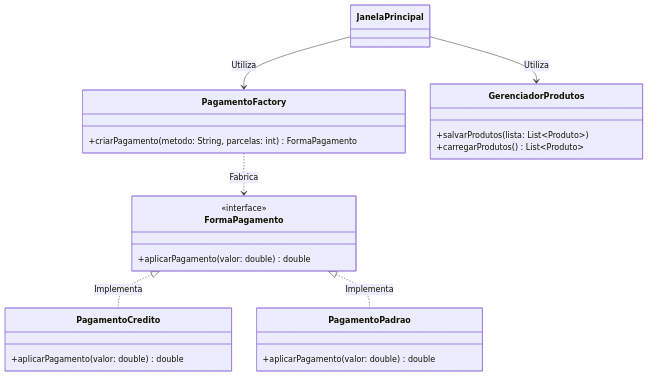
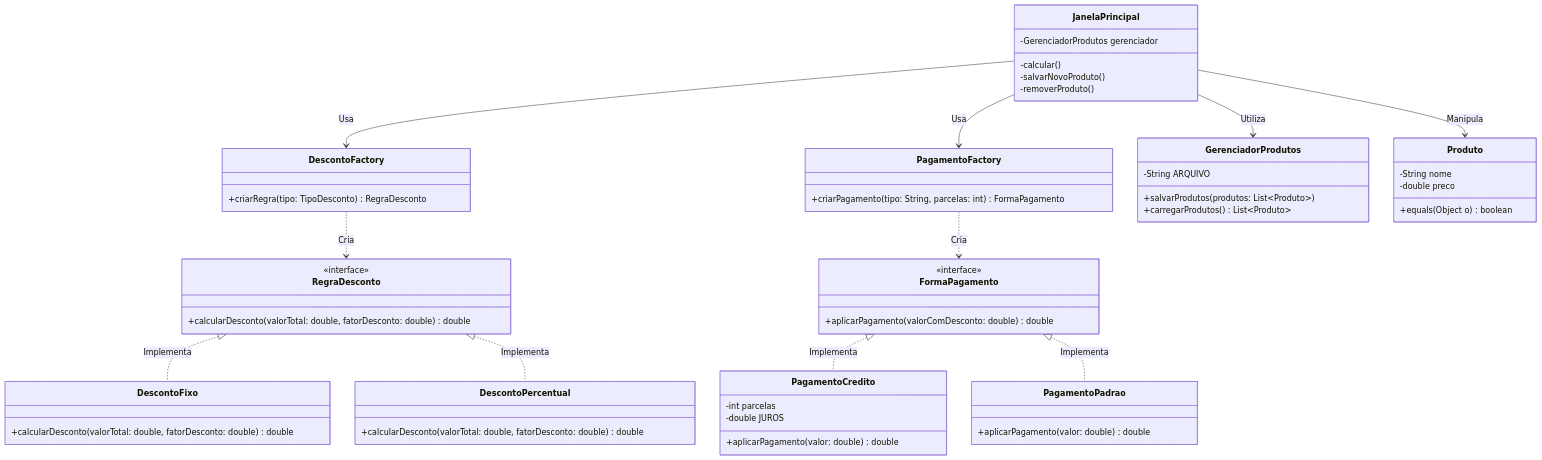
The diagram in Readme.md (fellipe0244/TrabalhoA3Lucas202601), drawn with Mermaid before and after one commit.

````diff
--- a/Readme.md
+++ b/Readme.md
@@ -65,28 +65,70 @@
 ```mermaid
 
 classDiagram
+    %% Estrutura de Descontos (Strategy)
+    class RegraDesconto {
+        <<interface>>
+        +calcularDesconto(valorTotal: double, fatorDesconto: double) double
+    }
+    class DescontoFixo {
+        +calcularDesconto(valorTotal: double, fatorDesconto: double) double
+    }
+    class DescontoPercentual {
+        +calcularDesconto(valorTotal: double, fatorDesconto: double) double
+    }
+
+    %% Estrutura de Pagamentos (Strategy)
     class FormaPagamento {
         <<interface>>
-        +aplicarPagamento(valor: double) double
+        +aplicarPagamento(valorComDesconto: double) double
     }
     class PagamentoCredito {
+        -int parcelas
+        -double JUROS
         +aplicarPagamento(valor: double) double
     }
     class PagamentoPadrao {
         +aplicarPagamento(valor: double) double
     }
+
+    %% Fábricas e Gerenciadores
+    class DescontoFactory {
+        +criarRegra(tipo: TipoDesconto) RegraDesconto
+    }
     class PagamentoFactory {
-        +criarPagamento(metodo: String, parcelas: int) FormaPagamento
+        +criarPagamento(tipo: String, parcelas: int) FormaPagamento
     }
     class GerenciadorProdutos {
-        +salvarProdutos(lista: List~Produto~)
+        -String ARQUIVO
+        +salvarProdutos(produtos: List~Produto~)
         +carregarProdutos() List~Produto~
     }
 
+    %% Interface e Entidades
+    class JanelaPrincipal {
+        -GerenciadorProdutos gerenciador
+        -calcular()
+        -salvarNovoProduto()
+        -removerProduto()
+    }
+    class Produto {
+        -String nome
+        -double preco
+        +equals(Object o) boolean
+    }
+
+    %% Relacionamentos
+    RegraDesconto <|.. DescontoFixo : Implementa
+    RegraDesconto <|.. DescontoPercentual : Implementa
     FormaPagamento <|.. PagamentoCredito : Implementa
     FormaPagamento <|.. PagamentoPadrao : Implementa
-    PagamentoFactory ..> FormaPagamento : Fabrica
+    
+    DescontoFactory ..> RegraDesconto : Cria
+    PagamentoFactory ..> FormaPagamento : Cria
+    
     JanelaPrincipal --> GerenciadorProdutos : Utiliza
-    JanelaPrincipal --> PagamentoFactory : Utiliza
+    JanelaPrincipal --> Produto : Manipula
+    JanelaPrincipal --> DescontoFactory : Usa
+    JanelaPrincipal --> PagamentoFactory : Usa
 
 ```
````
